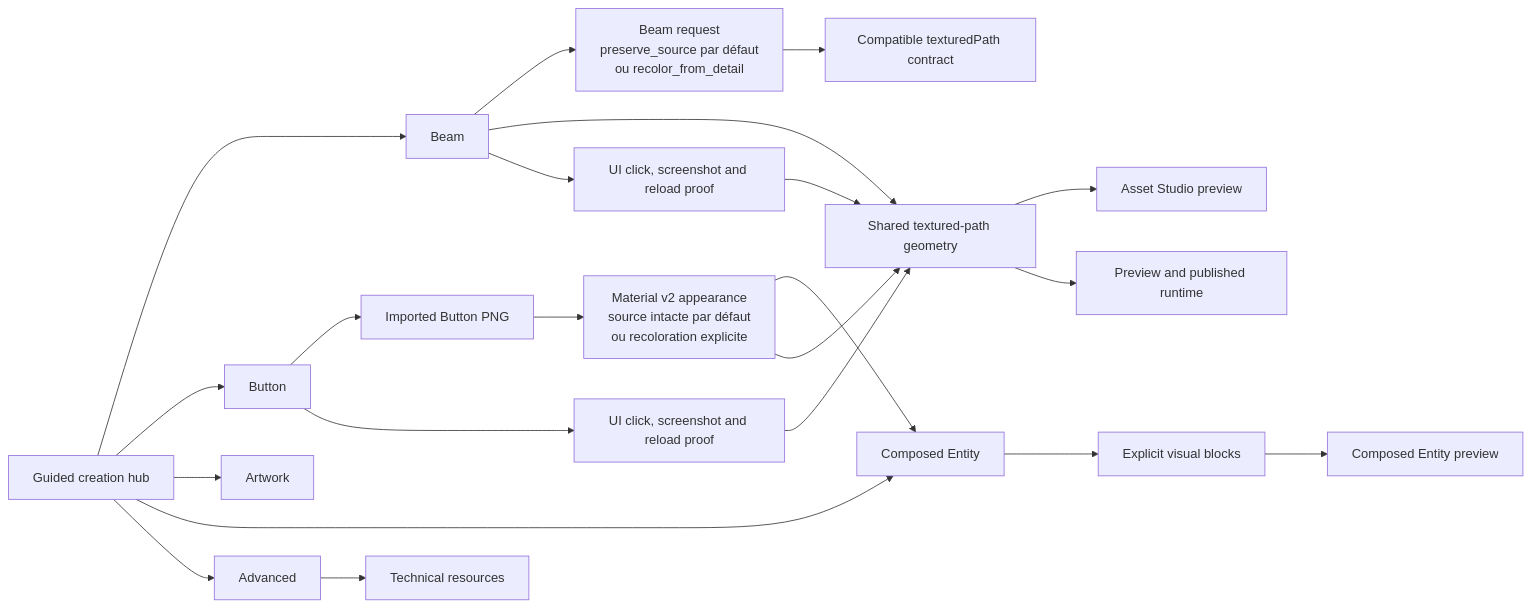
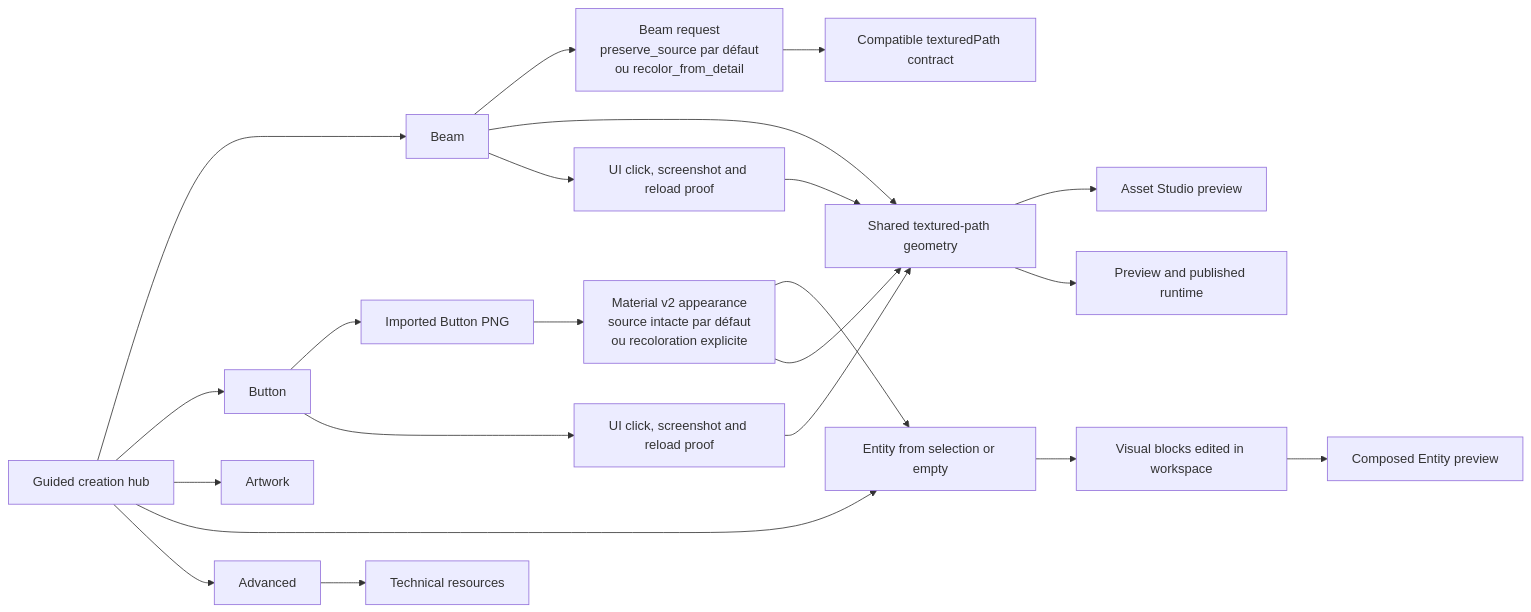
One commit to tristan-monticelli/vertex-loom changed the second of 2 diagrams in docs/architecture/components/studio-ux.md. Above: the diagram before and after it, drawn with Mermaid. The commit also changed other lines of this file and 3 other files, not shown here.

````diff
--- a/docs/architecture/components/studio-ux.md
+++ b/docs/architecture/components/studio-ux.md
@@ -130,24 +133,24 @@
 ```mermaid
 flowchart LR
     Hub[Guided creation hub] --> Beam[Beam]
     Hub --> Button[Button]
     Hub --> Artwork[Artwork]
-    Hub --> Entity[Composed Entity]
+    Hub --> Entity[Entity from selection or empty]
     Hub --> Advanced[Advanced]
     Advanced --> Technical[Technical resources]
     Beam --> BeamContract[Beam request<br/>preserve_source par défaut<br/>ou recolor_from_detail]
     BeamContract --> Legacy[Compatible texturedPath contract]
     Beam --> Shared[Shared textured-path geometry]
     Beam --> BeamE2E[UI click, screenshot and reload proof]
     BeamE2E --> Shared
     Button --> ButtonTexture[Imported Button PNG]
     ButtonTexture --> ButtonMaterial[Material v2 appearance<br/>source intacte par défaut<br/>ou recoloration explicite]
     ButtonMaterial --> Entity
     ButtonMaterial --> Shared
     Button --> ButtonE2E[UI click, screenshot and reload proof]
     ButtonE2E --> Shared
     Shared --> Studio[Asset Studio preview]
     Shared --> Runtime[Preview and published runtime]
-    Entity --> Blocks[Explicit visual blocks]
+    Entity --> Blocks[Visual blocks edited in workspace]
     Blocks --> EntityPreview[Composed Entity preview]
 ```
````
